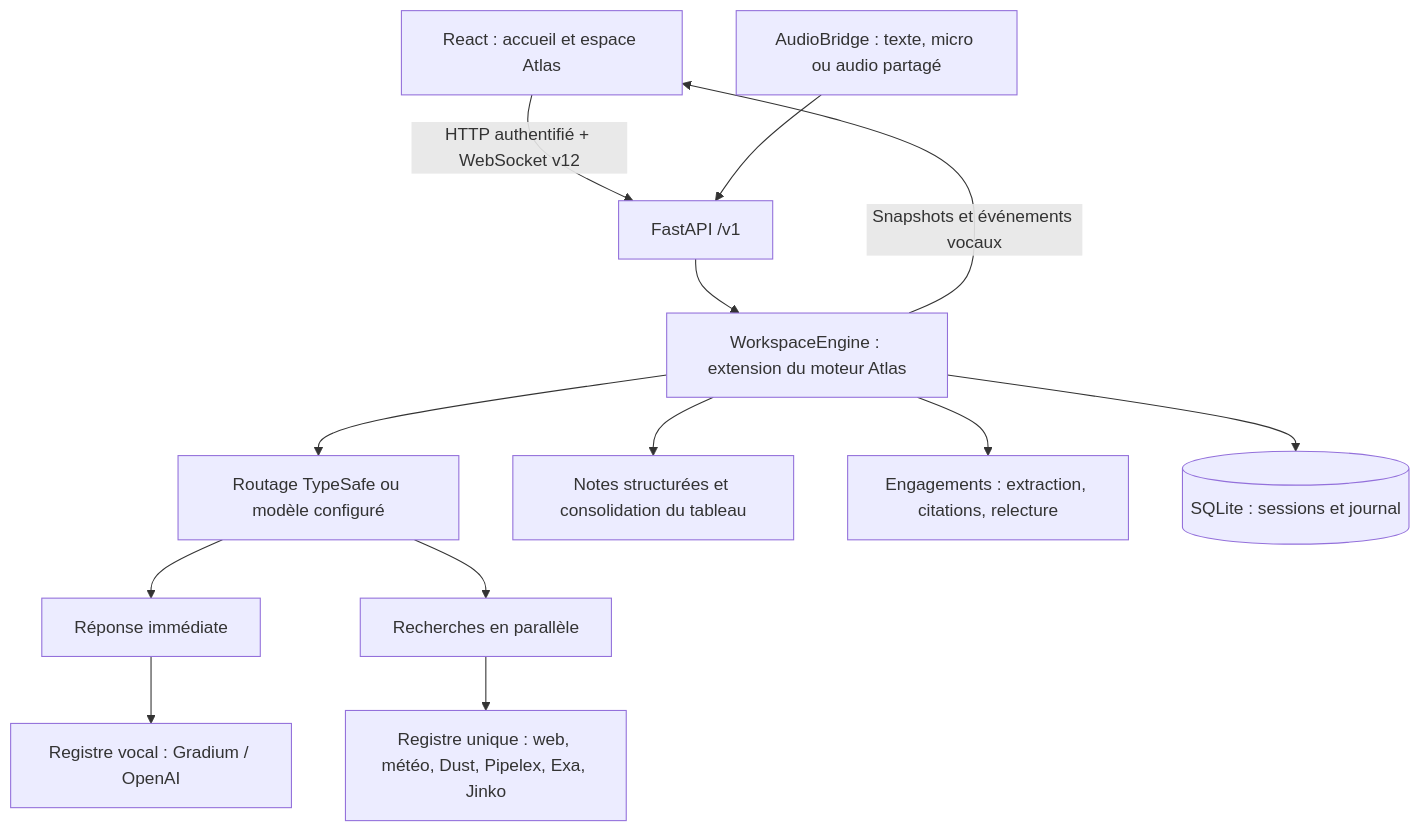
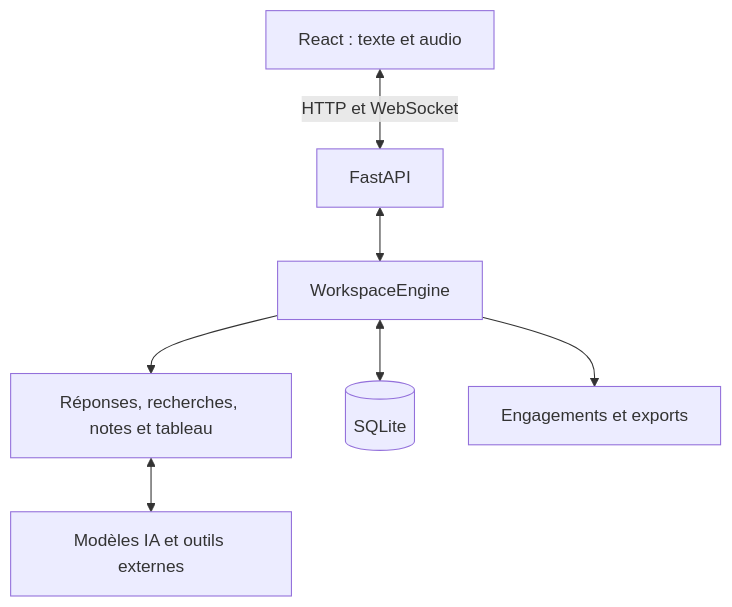
Before and after one commit to Dior278/Atlas2: the diagram in ARCHITECTURE.md, drawn with Mermaid. The commit also changed other lines of this file and 9 other files, not shown here.

````diff
--- a/ARCHITECTURE.md
+++ b/ARCHITECTURE.md
@@ -7,15 +5,9 @@
 ```mermaid
 flowchart TD
-  UI[React : accueil et espace Atlas] -->|HTTP authentifié + WebSocket v12| API[FastAPI /v1]
-  Audio[AudioBridge : texte, micro ou audio partagé] --> API
-  API --> Engine[WorkspaceEngine : extension du moteur Atlas]
-  Engine --> Router[Routage TypeSafe ou modèle configuré]
-  Router --> Speaker[Réponse immédiate]
-  Router --> Workers[Recherches en parallèle]
-  Workers --> Registry[Registre unique : web, météo, Dust, Pipelex, Exa, Jinko]
-  Engine --> Notes[Notes structurées et consolidation du tableau]
-  Engine --> Minutes[Engagements : extraction, citations, relecture]
-  Speaker --> Voice[Registre vocal : Gradium / OpenAI]
-  Engine --> DB[(SQLite : sessions et journal)]
-  Engine -->|Snapshots et événements vocaux| UI
+  UI[React : texte et audio] <-->|HTTP et WebSocket| API[FastAPI]
+  API <--> Engine[WorkspaceEngine]
+  Engine --> Agents[Réponses, recherches, notes et tableau]
+  Agents <--> Services[Modèles IA et outils externes]
+  Engine <--> DB[(SQLite)]
+  Engine --> Actions[Engagements et exports]
 ```
````
